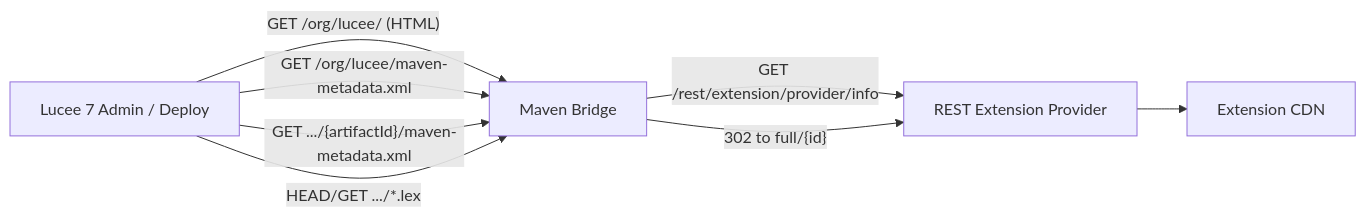
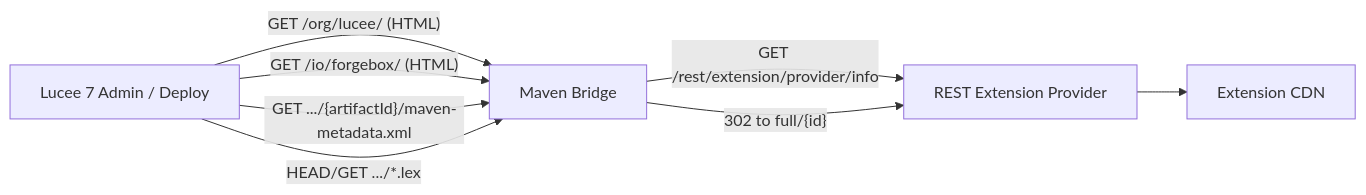
Before and after one commit to lucee/lucee-data-provider: the diagram in apps/maven-bridge/readme.md, drawn with Mermaid. The commit also changed other lines of this file and 8 other files, not shown here.

First line of the commit message:
Support multiple extension providers in maven-bridge and add CI deploy.

````diff
--- a/apps/maven-bridge/readme.md
+++ b/apps/maven-bridge/readme.md
@@ -108,15 +124,15 @@
 ```mermaid
 flowchart LR
   Lucee7[Lucee 7 Admin / Deploy]
   Bridge[Maven Bridge]
   Provider[REST Extension Provider]
   CDN[Extension CDN]
 
   Lucee7 -->|"GET /org/lucee/ (HTML)"| Bridge
-  Lucee7 -->|"GET /org/lucee/maven-metadata.xml"| Bridge
+  Lucee7 -->|"GET /io/forgebox/ (HTML)"| Bridge
   Lucee7 -->|"GET .../{artifactId}/maven-metadata.xml"| Bridge
   Lucee7 -->|"HEAD/GET .../*.lex"| Bridge
   Bridge -->|"GET /rest/extension/provider/info"| Provider
   Bridge -->|"302 to full/{id}"| Provider
   Provider --> CDN
 ```
````
